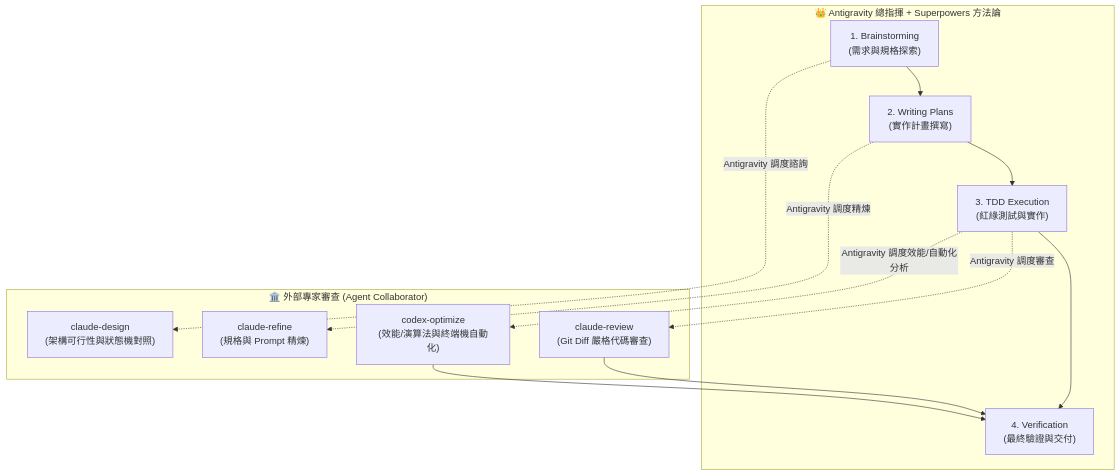
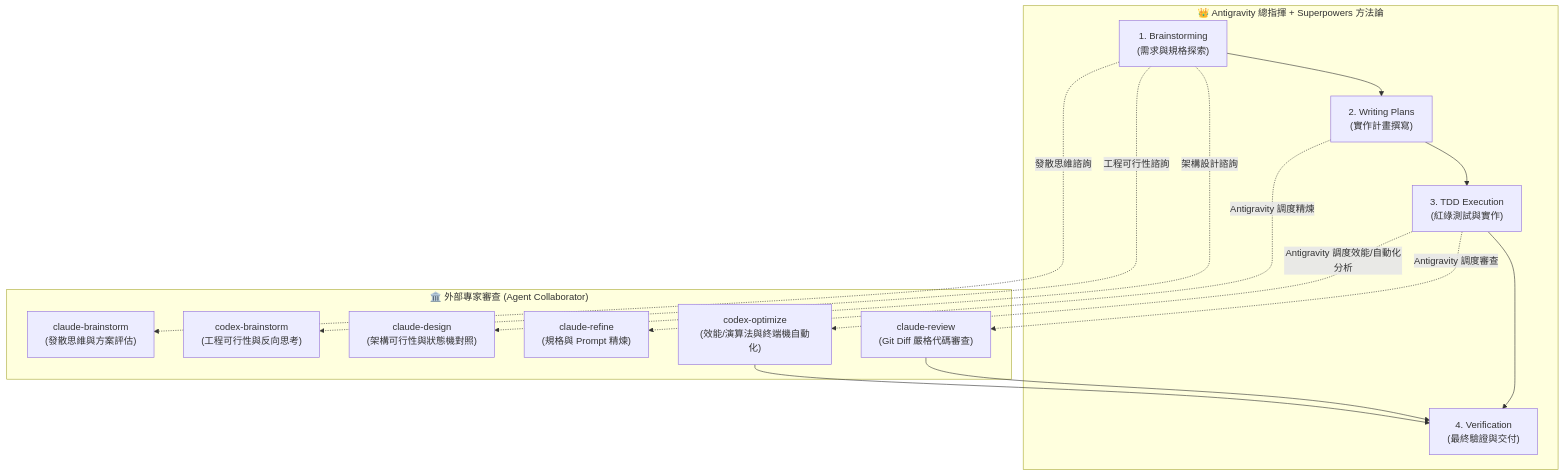
One commit to gogog22510/agent-collaborator changed the second of 2 diagrams in README_zh.md. Above: the diagram before and after it, drawn with Mermaid. The commit also changed other lines of this file and 11 other files, not shown here.

Commit message:
feat: add claude-brainstorm and codex-brainstorm tools, fix rate-limit false fallback, update templates and docs

````diff
--- a/README_zh.md
+++ b/README_zh.md
@@ -163,22 +167,26 @@
 ```mermaid
 flowchart TD
     subgraph AntigravitySuperpowers["👑 Antigravity 總指揮 + Superpowers 方法論"]
         B["1. Brainstorming<br/>(需求與規格探索)"] --> P["2. Writing Plans<br/>(實作計畫撰寫)"]
         P --> T["3. TDD Execution<br/>(紅綠測試與實作)"]
         T --> V["4. Verification<br/>(最終驗證與交付)"]
     end
 
     subgraph PeerAdvisors["🏛️ 外部專家審查 (Agent Collaborator)"]
+        CB["claude-brainstorm<br/>(發散思維與方案評估)"]
+        XB["codex-brainstorm<br/>(工程可行性與反向思考)"]
         CD["claude-design<br/>(架構可行性與狀態機對照)"]
         CR["claude-refine<br/>(規格與 Prompt 精煉)"]
         CW["claude-review<br/>(Git Diff 嚴格代碼審查)"]
         CO["codex-optimize<br/>(效能/演算法與終端機自動化)"]
     end
 
-    B -.->|Antigravity 調度諮詢| CD
+    B -.->|發散思維諮詢| CB
+    B -.->|工程可行性諮詢| XB
+    B -.->|架構設計諮詢| CD
     P -.->|Antigravity 調度精煉| CR
     T -.->|Antigravity 調度審查| CW
     T -.->|Antigravity 調度效能/自動化分析| CO
     CW --> V
     CO --> V
 ```
````
